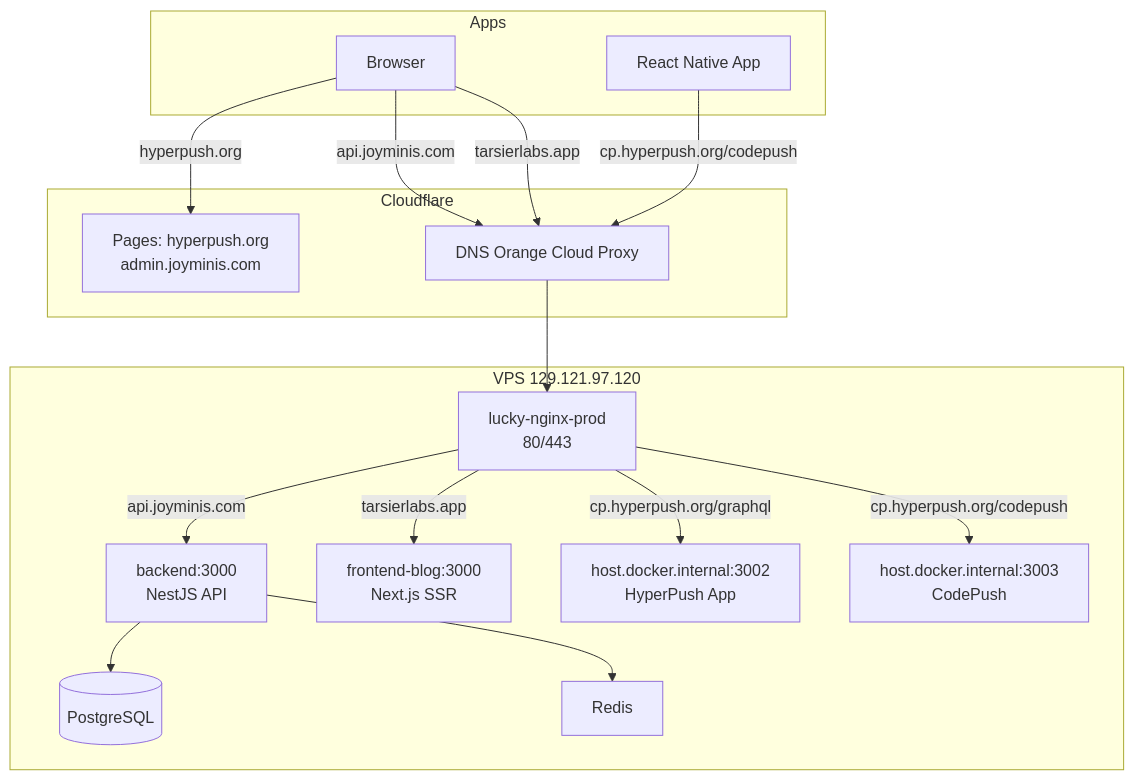
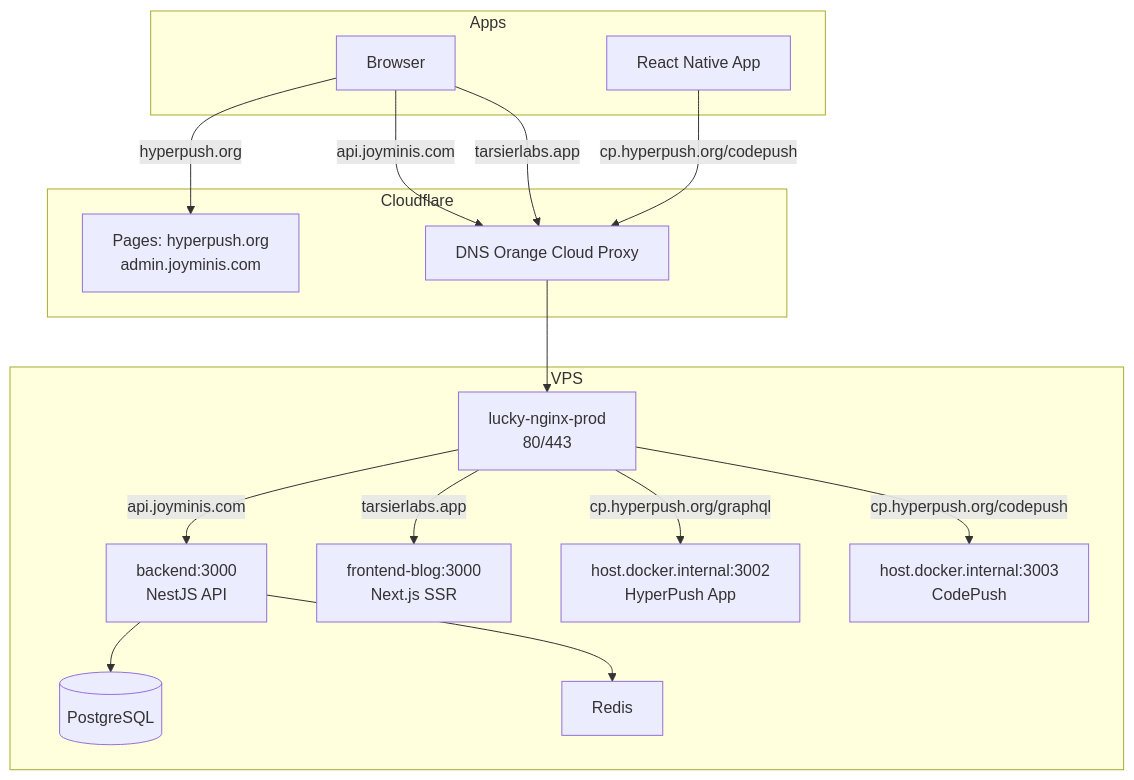
Before and after one commit to MrBigPorter/JoyMini_Nest_Monorepo: the diagram in docs/full-deployment-guide.md, drawn with Mermaid. The commit also changed other lines of this file and 5 other files, not shown here.

````diff
--- a/docs/full-deployment-guide.md
+++ b/docs/full-deployment-guide.md
@@ -646,33 +646,33 @@
 ```mermaid
 flowchart TD
     subgraph "Cloudflare"
         DNS[DNS Orange Cloud Proxy]
         PAGES[Pages: hyperpush.org<br/>admin.joyminis.com]
     end
 
-    subgraph "VPS 129.121.97.120"
+    subgraph "VPS <VPS_IP>"
         NGINX["lucky-nginx-prod<br/>80/443"]
         BACKEND["backend:3000<br/>NestJS API"]
         BLOG["frontend-blog:3000<br/>Next.js SSR"]
         REDIS["Redis"]
         DB[("PostgreSQL")]
 
         NGINX -->|api.joyminis.com| BACKEND
         NGINX -->|tarsierlabs.app| BLOG
         NGINX -->|cp.hyperpush.org/graphql| HOST_HP["host.docker.internal:3002<br/>HyperPush App"]
         NGINX -->|cp.hyperpush.org/codepush| HOST_CP["host.docker.internal:3003<br/>CodePush"]
         BACKEND --> DB
         BACKEND --> REDIS
     end
 
     subgraph "Apps"
         WEB["Browser"]
         MOBILE["React Native App"]
     end
 
     WEB -->|hyperpush.org| PAGES
     WEB -->|api.joyminis.com| DNS
     WEB -->|tarsierlabs.app| DNS
     MOBILE -->|cp.hyperpush.org/codepush| DNS
     DNS --> NGINX
 ```
````
